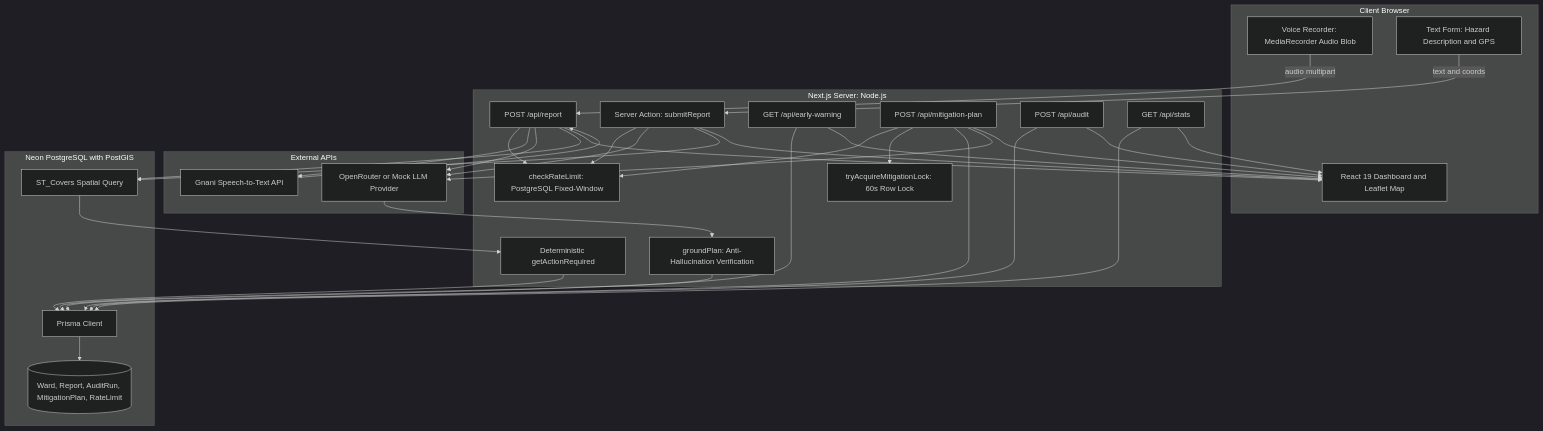
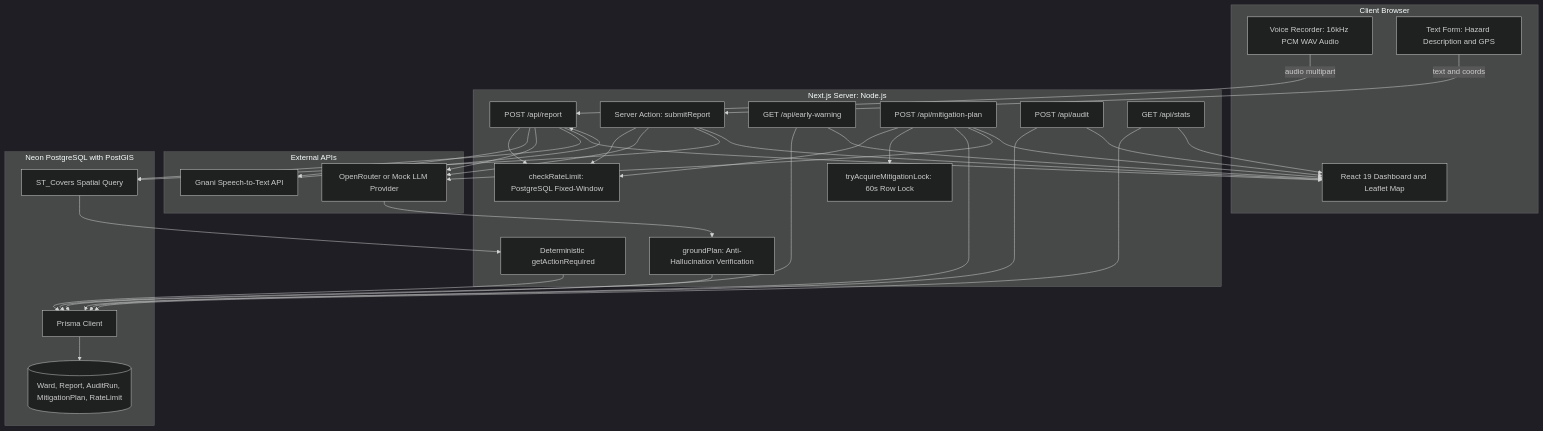
Before and after one commit to kaizen105/Garbage_unstop_project: the diagram in README.md, drawn with Mermaid (dark theme). The commit also changed other lines of this file, not shown here.

Commit message:
docs: update deployment URL and intake architecture description

````diff
--- a/README.md
+++ b/README.md
@@ -11,68 +11,68 @@
 ```mermaid
 flowchart TD
     subgraph Client["Client Browser"]
         UI["React 19 Dashboard and Leaflet Map"]
-        AudioIntake["Voice Recorder: MediaRecorder Audio Blob"]
+        AudioIntake["Voice Recorder: 16kHz PCM WAV Audio"]
         TextIntake["Text Form: Hazard Description and GPS"]
     end
 
     subgraph Server["Next.js Server: Node.js"]
         ActionSubmit["Server Action: submitReport"]
         RouteReport["POST /api/report"]
         RouteEarlyWarning["GET /api/early-warning"]
         RouteMitigation["POST /api/mitigation-plan"]
         RouteAudit["POST /api/audit"]
         RouteStats["GET /api/stats"]
         RateLimiter["checkRateLimit: PostgreSQL Fixed-Window"]
         MitigationLock["tryAcquireMitigationLock: 60s Row Lock"]
         DispatchRules["Deterministic getActionRequired"]
         Grounding["groundPlan: Anti-Hallucination Verification"]
     end
 
     subgraph External["External APIs"]
         GnaniSTT["Gnani Speech-to-Text API"]
         LLMProvider["OpenRouter or Mock LLM Provider"]
     end
 
     subgraph Database["Neon PostgreSQL with PostGIS"]
         PostgisQuery["ST_Covers Spatial Query"]
         PrismaORM["Prisma Client"]
         Tables[("Ward, Report, AuditRun, MitigationPlan, RateLimit")]
     end
 
     AudioIntake -->|"audio multipart"| RouteReport
     TextIntake -->|"text and coords"| ActionSubmit
 
     RouteReport --> RateLimiter
     ActionSubmit --> RateLimiter
 
     RouteReport --> GnaniSTT
     GnaniSTT --> RouteReport
     RouteReport --> LLMProvider
     ActionSubmit --> LLMProvider
 
     RouteReport --> PostgisQuery
     ActionSubmit --> PostgisQuery
     PostgisQuery --> DispatchRules
     DispatchRules --> PrismaORM
 
     RouteEarlyWarning --> PrismaORM
     RouteStats --> PrismaORM
     RouteAudit --> PrismaORM
 
     RouteMitigation --> RateLimiter
     RouteMitigation --> MitigationLock
     RouteMitigation --> PrismaORM
     RouteMitigation --> LLMProvider
     LLMProvider --> Grounding
     Grounding --> PrismaORM
 
     PrismaORM --> Tables
 
     RouteReport --> UI
     ActionSubmit --> UI
     RouteEarlyWarning --> UI
     RouteMitigation --> UI
     RouteAudit --> UI
     RouteStats --> UI
 ```
````
